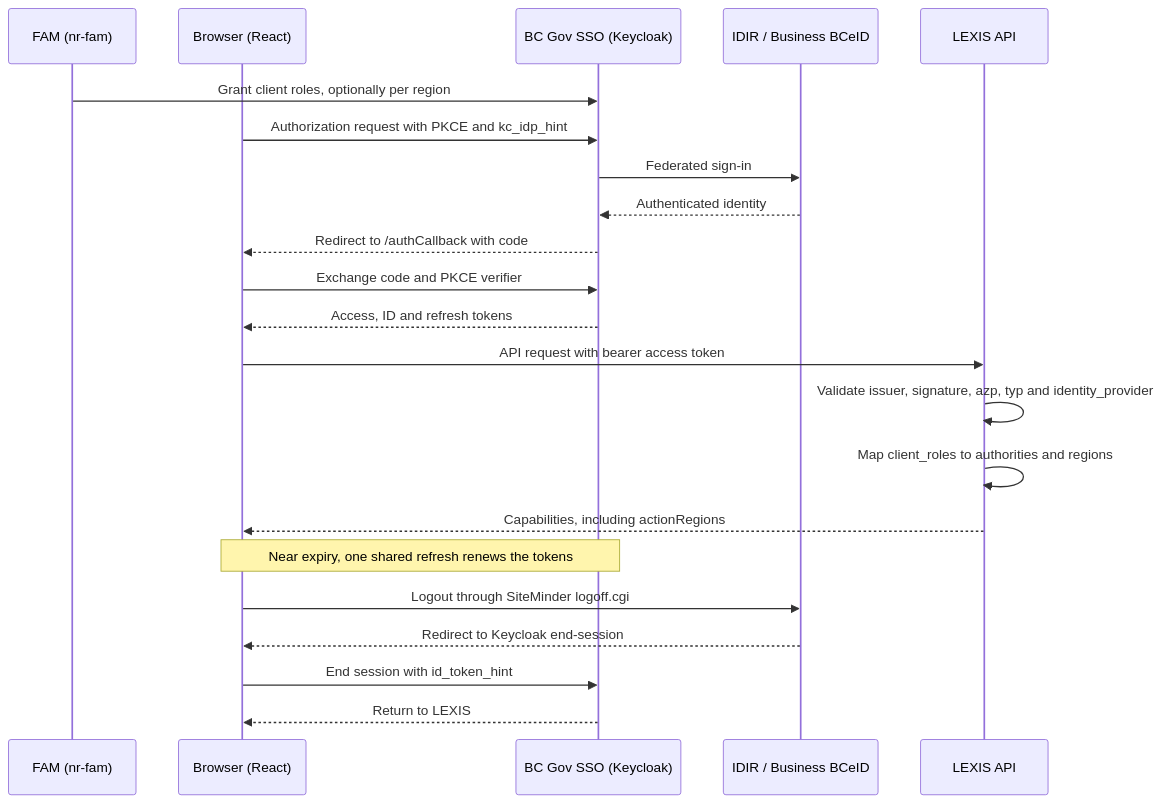
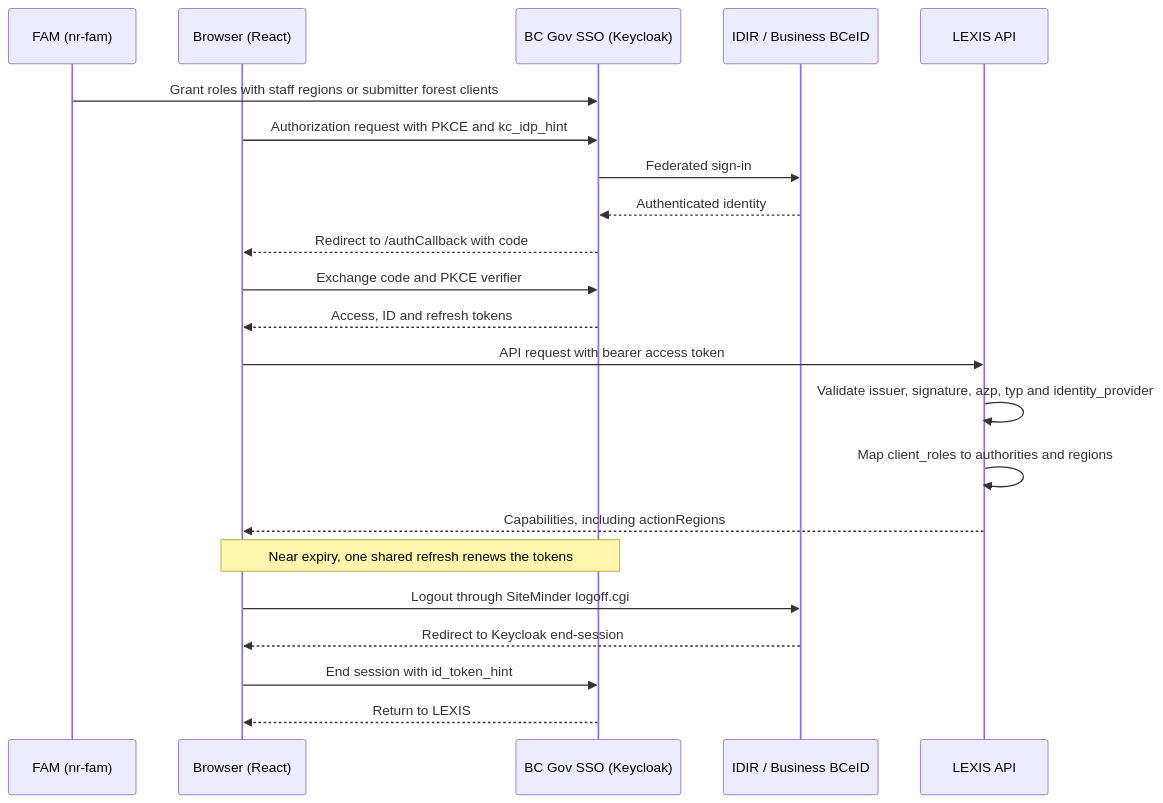
The second of 4 diagrams in docs/architecture.md (bcgov/nr-lexis), drawn with Mermaid before and after one commit. The commit also changed other lines of this file and 37 other files, not shown here.

Commit message:
feat: require regions for staff roles and block conflicting approvers (#290)

````diff
--- a/docs/architecture.md
+++ b/docs/architecture.md
@@ -119,24 +121,24 @@
 ```mermaid
 sequenceDiagram
     participant F as FAM (nr-fam)
     participant U as Browser (React)
     participant S as BC Gov SSO (Keycloak)
     participant I as IDIR / Business BCeID
     participant B as LEXIS API
-    F->>S: Grant client roles, optionally per region
+    F->>S: Grant roles with staff regions or submitter forest clients
     U->>S: Authorization request with PKCE and kc_idp_hint
     S->>I: Federated sign-in
     I-->>S: Authenticated identity
     S-->>U: Redirect to /authCallback with code
     U->>S: Exchange code and PKCE verifier
     S-->>U: Access, ID and refresh tokens
     U->>B: API request with bearer access token
     B->>B: Validate issuer, signature, azp, typ and identity_provider
     B->>B: Map client_roles to authorities and regions
     B-->>U: Capabilities, including actionRegions
     Note over U,S: Near expiry, one shared refresh renews the tokens
     U->>I: Logout through SiteMinder logoff.cgi
     I-->>U: Redirect to Keycloak end-session
     U->>S: End session with id_token_hint
     S-->>U: Return to LEXIS
 ```
````
